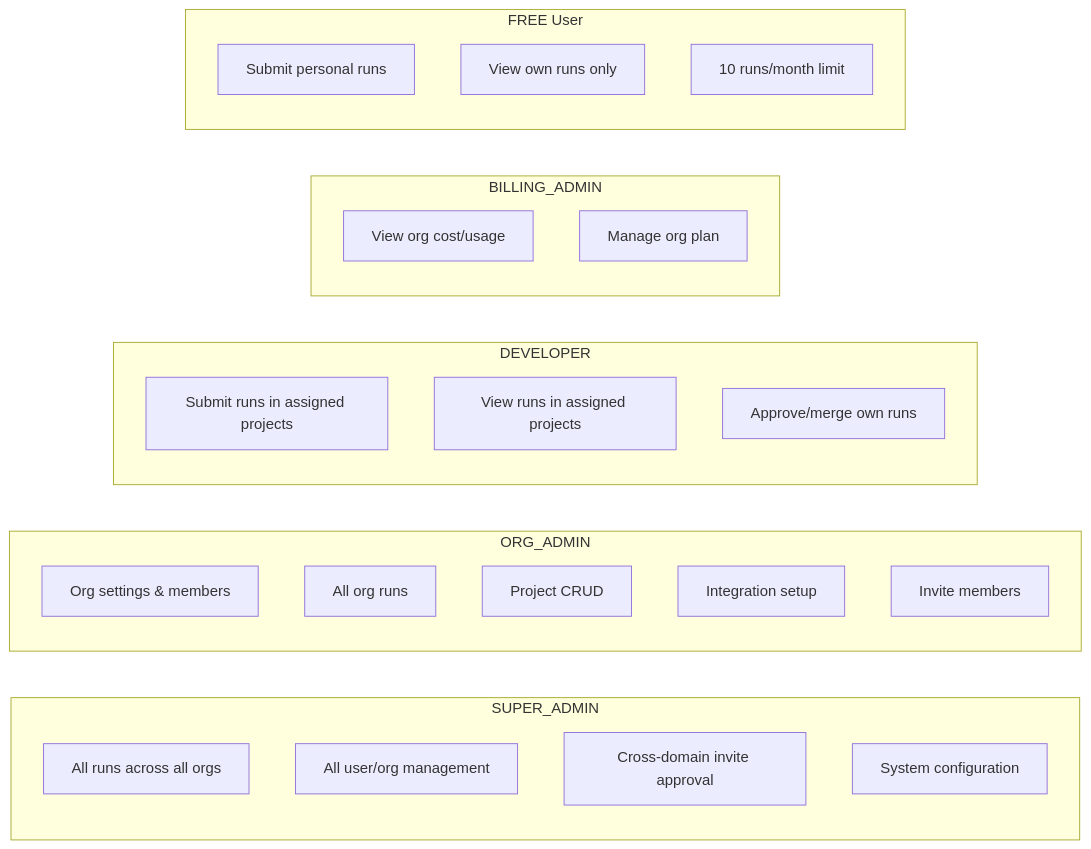
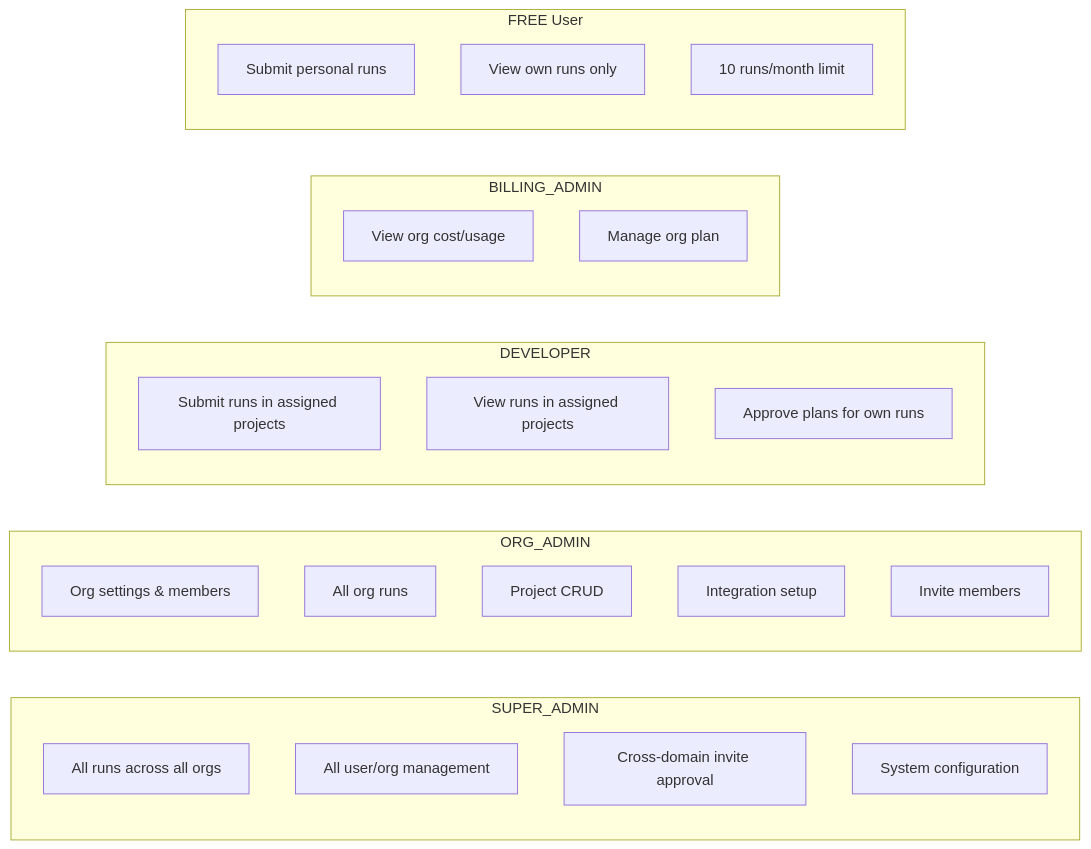
Before and after one commit to navneetprabhakar/executespec: diagram 19 of 23 in docs/WORKFLOWS.md, drawn with Mermaid. The commit also changed other lines of this file and 45 other files, not shown here.

````diff
--- a/docs/WORKFLOWS.md
+++ b/docs/WORKFLOWS.md
@@ -556,34 +556,34 @@
 ```mermaid
 flowchart LR
     subgraph "SUPER_ADMIN"
         SA1[All runs across all orgs]
         SA2[All user/org management]
         SA3[Cross-domain invite approval]
         SA4[System configuration]
     end
 
     subgraph "ORG_ADMIN"
         OA1[Org settings & members]
         OA2[All org runs]
         OA3[Project CRUD]
         OA4[Integration setup]
         OA5[Invite members]
     end
 
     subgraph "DEVELOPER"
         D1[Submit runs in assigned projects]
         D2[View runs in assigned projects]
-        D3[Approve/merge own runs]
+        D3[Approve plans for own runs]
     end
 
     subgraph "BILLING_ADMIN"
         BA1[View org cost/usage]
         BA2[Manage org plan]
     end
 
     subgraph "FREE User"
         F1[Submit personal runs]
         F2[View own runs only]
         F3[10 runs/month limit]
     end
 ```
````
